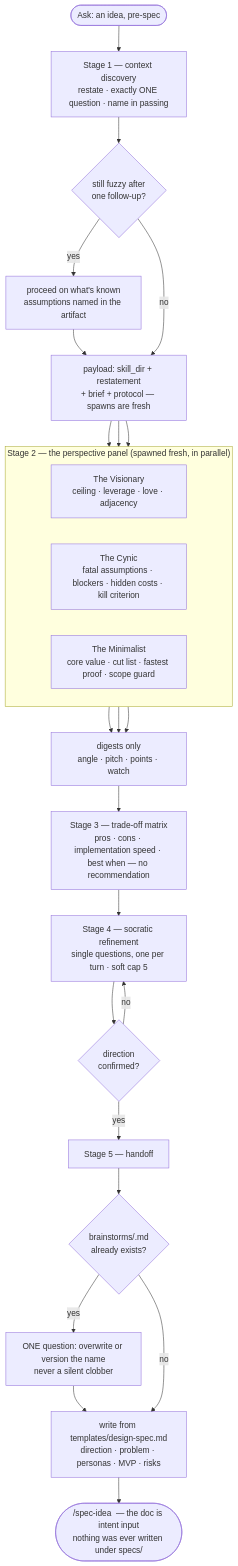
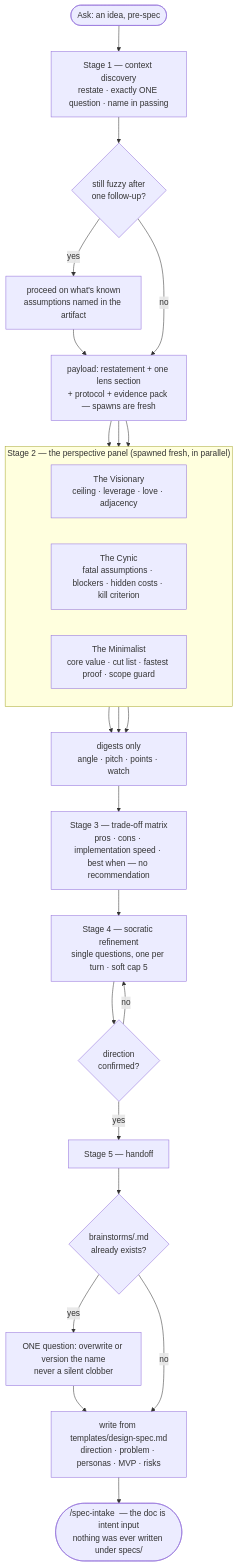
One commit to tanlnm512/SpecDevKit changed the diagram in skills/spec-brainstorming/diagrams/spec-brainstorming-flow.mmd. Above: the diagram before and after it, drawn with Mermaid. The commit also changed 320 other files, not shown here.

First line of the commit message:
feat(kit)!: skill-design review fixes — renamed skills, protocol/ dir, enforced gates

```diff
--- a/skills/spec-brainstorming/diagrams/spec-brainstorming-flow.mmd
+++ b/skills/spec-brainstorming/diagrams/spec-brainstorming-flow.mmd
@@ -1,25 +1,25 @@
 flowchart TD
     START([Ask: an idea, pre-spec]) --> S1["Stage 1 — context discovery<br/>restate · exactly ONE question · name in passing"]
     S1 --> S1Q{still fuzzy after<br/>one follow-up?}
     S1Q -- yes --> S1A["proceed on what's known<br/>assumptions named in the artifact"] --> S2
     S1Q -- no --> S2
 
     subgraph WAVE["Stage 2 — the perspective panel (spawned fresh, in parallel)"]
         direction LR
         V["The Visionary<br/>ceiling · leverage · love · adjacency"]
         C["The Cynic<br/>fatal assumptions · blockers · hidden costs · kill criterion"]
         M["The Minimalist<br/>core value · cut list · fastest proof · scope guard"]
     end
-    S2["payload: skill_dir + restatement<br/>+ brief + protocol — spawns are fresh"] --> V & C & M
+    S2["payload: restatement + one lens section<br/>+ protocol + evidence pack — spawns are fresh"] --> V & C & M
     V & C & M --> DIG["digests only<br/>angle · pitch · points · watch"]
 
     DIG --> S3["Stage 3 — trade-off matrix<br/>pros · cons · implementation speed · best when — no recommendation"]
     S3 --> S4["Stage 4 — socratic refinement<br/>single questions, one per turn · soft cap 5"]
     S4 --> S4Q{direction<br/>confirmed?}
     S4Q -- no --> S4
     S4Q -- yes --> S5["Stage 5 — handoff"]
 
     S5 --> COLL{brainstorms/<name>.md<br/>already exists?}
     COLL -- yes --> ASK["ONE question: overwrite or version the name<br/>never a silent clobber"] --> WRITE
     COLL -- no --> WRITE["write from templates/design-spec.md<br/>direction · problem · personas · MVP · risks"]
-    WRITE --> NEXT(["/spec-idea <name> — the doc is intent input<br/>nothing was ever written under specs/"])
+    WRITE --> NEXT(["/spec-intake <name> — the doc is intent input<br/>nothing was ever written under specs/"])
```
